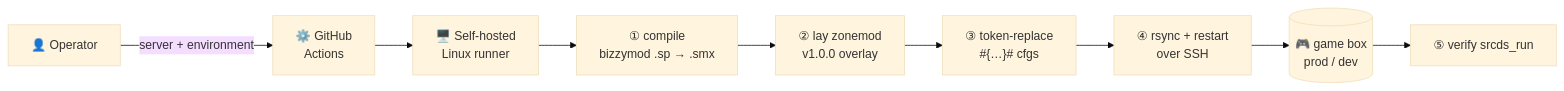
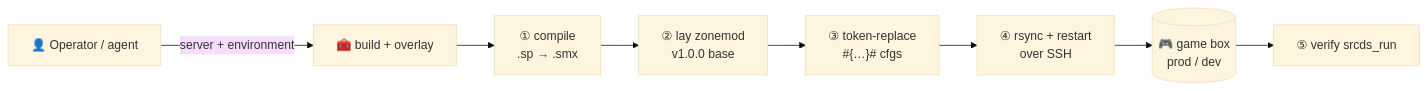
One commit to bogware/bizzymod changed the second of 2 diagrams in README.md. Above: the diagram before and after it, drawn with Mermaid (base theme). The commit also changed other lines of this file and 2 other files, not shown here.

````diff
--- a/README.md
+++ b/README.md
@@ -130,11 +157,10 @@
 ```mermaid
 flowchart LR
-    Op["👤 Operator"] -->|"server + environment"| GA["⚙️ GitHub<br/>Actions"]
-    GA --> R["🖥️ Self-hosted<br/>Linux runner"]
-    R --> S1["① compile<br/>bizzymod .sp → .smx"]
-    S1 --> S2["② lay zonemod<br/>v1.0.0 overlay"]
+    Op["👤 Operator / agent"] -->|"server + environment"| B["🧰 build + overlay"]
+    B --> S1["① compile<br/>.sp → .smx"]
+    S1 --> S2["② lay zonemod<br/>v1.0.0 base"]
     S2 --> S3["③ token-replace<br/>#{…}# cfgs"]
     S3 --> S4["④ rsync + restart<br/>over SSH"]
     S4 --> Box[("🎮 game box<br/>prod / dev")]
     Box --> V["⑤ verify srcds_run"]
 ```
````
